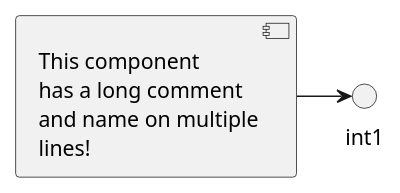
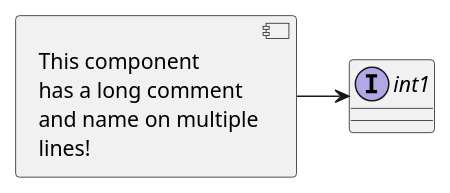
One commit to yasenstar/PlantUML_in_Action changed the diagram in 07_component_diagram/07.10-07.18/07_10.puml. Above: the diagram before and after it, drawn with PlantUML. The commit also changed 2 other files, not shown here.

```diff
--- a/07_component_diagram/07.10-07.18/07_10.puml
+++ b/07_component_diagram/07.10-07.18/07_10.puml
@@ -1,13 +1,13 @@
 @startuml
 component comp1 [
     This component
     has a long comment
     and name on multiple
     lines!
 ]
 interface int1
-component c1
+' component c1
 
 comp1 -> int1
-remove c1
+' remove c1
 @enduml
```
